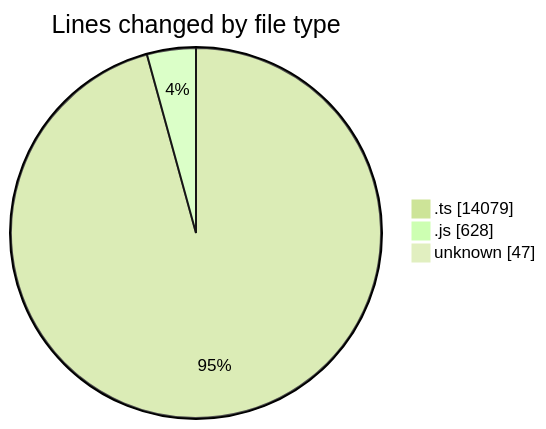
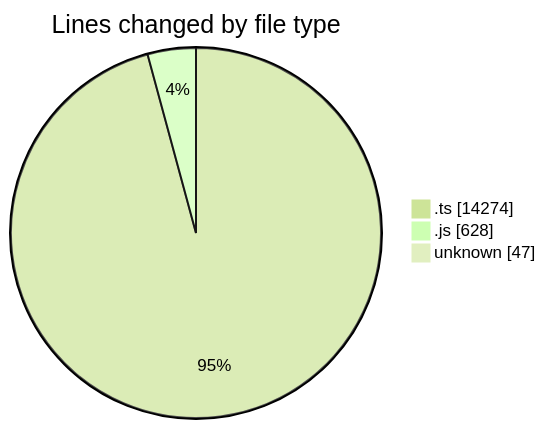
The first of 2 diagrams in 2025-09-05/cda/README.md (momahboobian/code-tracking), drawn with Mermaid (forest theme) before and after one commit. The commit also changed other lines of this file and 1 other file, not shown here.

````diff
--- a/2025-09-05/cda/README.md
+++ b/2025-09-05/cda/README.md
@@ -27,7 +27,7 @@
 ```mermaid
 pie showData
 title Lines changed by file type
-".ts" : 14079
+".ts" : 14274
 ".js" : 628
 "unknown" : 47
 ```
````
